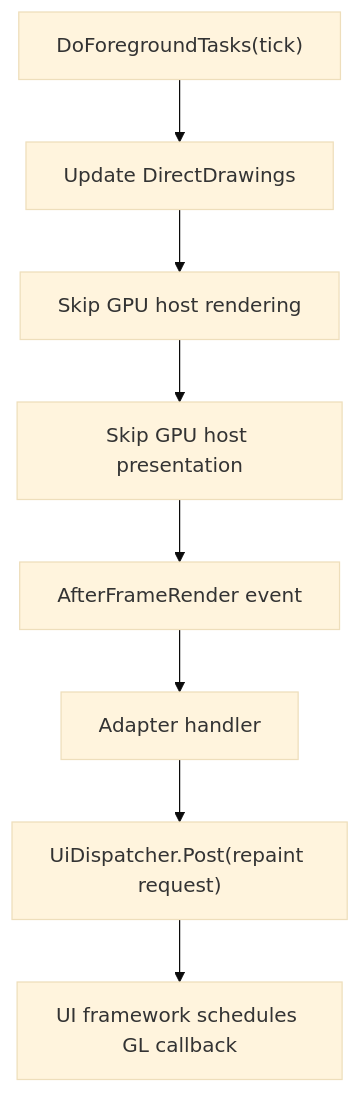
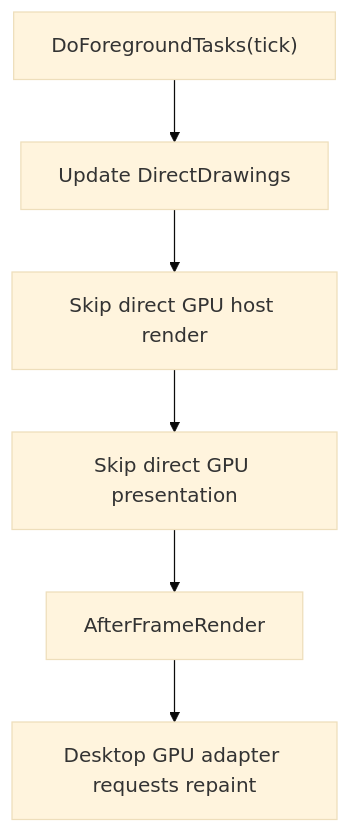
One commit to Isthimius/Gondwana changed the second of 4 diagrams in docs/wiki/GL-Rendering-Path.md. Above: the diagram before and after it, drawn with Mermaid (base theme). The commit also changed other lines of this file, not shown here.

Commit message:
docs(wiki): update desktop GL rendering path

````diff
--- a/docs/wiki/GL-Rendering-Path.md
+++ b/docs/wiki/GL-Rendering-Path.md
@@ -89,10 +71,8 @@
 ```mermaid
 flowchart TD
     A["DoForegroundTasks(tick)"] --> B["Update DirectDrawings"]
-    B --> C["Skip GPU host rendering"]
-    C --> D["Skip GPU host presentation"]
-    D --> E["AfterFrameRender event"]
-    E --> F["Adapter handler"]
-    F --> G["UiDispatcher.Post(repaint request)"]
-    G --> H["UI framework schedules GL callback"]
+    B --> C["Skip direct GPU host render"]
+    C --> D["Skip direct GPU presentation"]
+    D --> E["AfterFrameRender"]
+    E --> F["Desktop GPU adapter requests repaint"]
 ```
````
